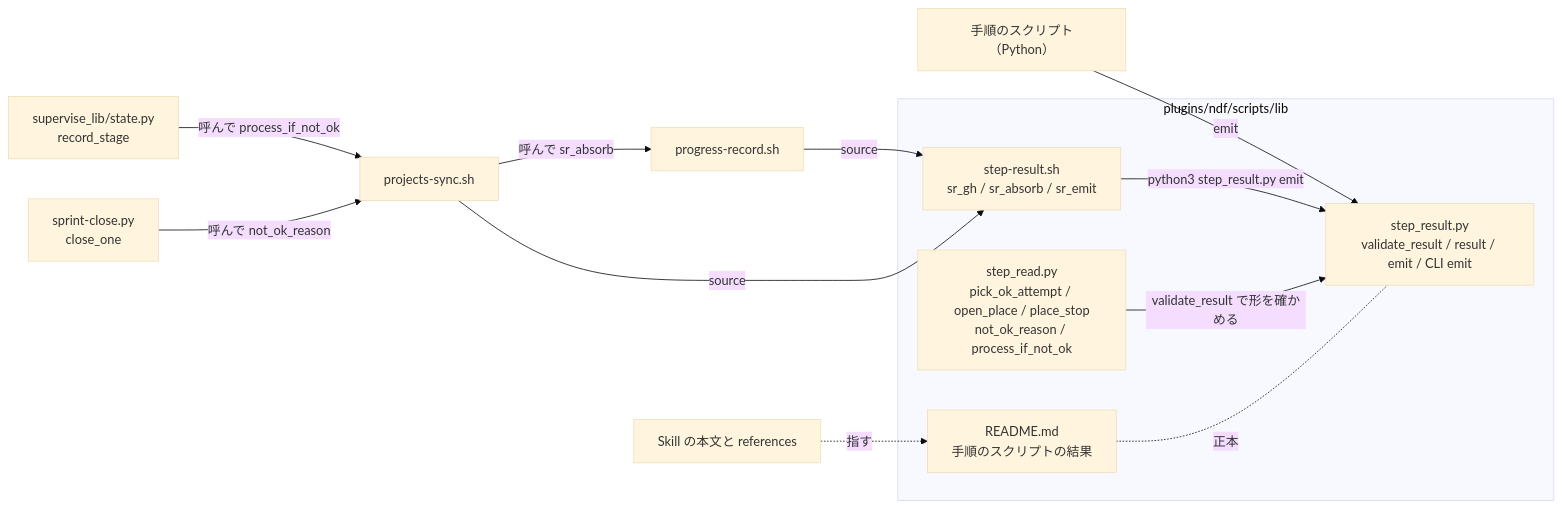
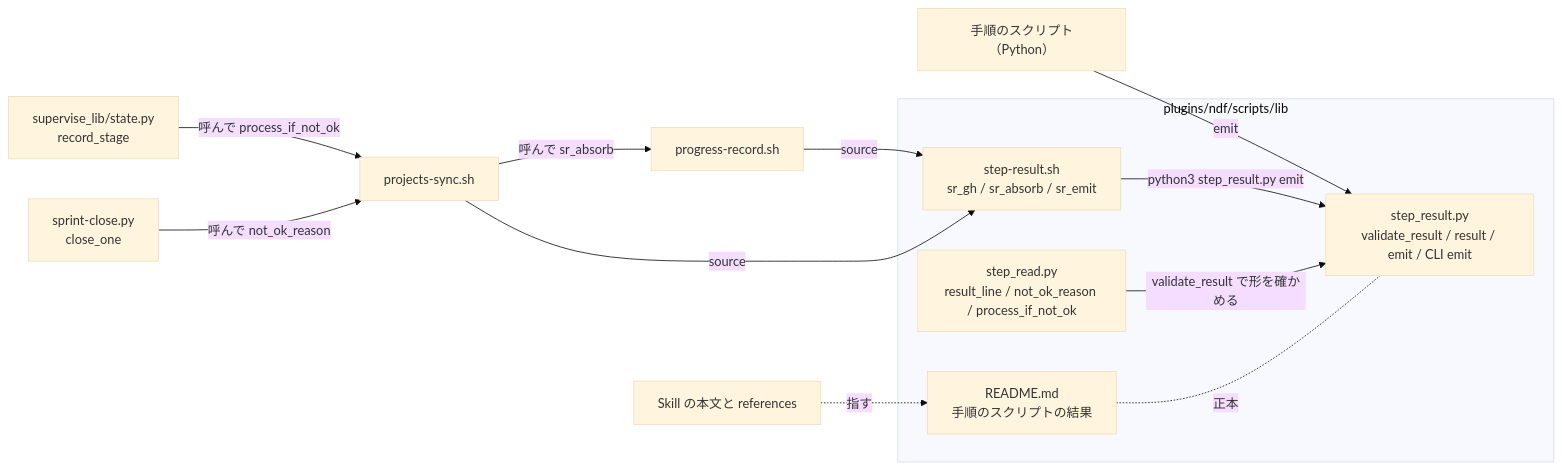
The first of 4 diagrams in docs/specifications/ndf-step-result-gaps-and-reading.md (devbasex/ai-plugins), drawn with Mermaid (base theme) before and after one commit. The commit also changed other lines of this file and 5 other files, not shown here.

````diff
--- a/docs/specifications/ndf-step-result-gaps-and-reading.md
+++ b/docs/specifications/ndf-step-result-gaps-and-reading.md
@@ -114,19 +114,19 @@
 ```mermaid
 graph LR
   subgraph lib["plugins/ndf/scripts/lib"]
     README["README.md<br>手順のスクリプトの結果"]
     SR["step_result.py<br>validate_result / result / emit / CLI emit"]
-    RD["step_read.py<br>pick_ok_attempt / open_place / place_stop<br>not_ok_reason / process_if_not_ok"]
+    RD["step_read.py<br>result_line / not_ok_reason / process_if_not_ok"]
     SH["step-result.sh<br>sr_gh / sr_absorb / sr_emit"]
   end
   PY["手順のスクリプト（Python）"] -->|emit| SR
   PR["progress-record.sh"] -->|source| SH
   PS["projects-sync.sh"] -->|source| SH
   PS -->|呼んで sr_absorb| PR
   SH -->|python3 step_result.py emit| SR
   RS["supervise_lib/state.py<br>record_stage"] -->|呼んで process_if_not_ok| PS
   SC["sprint-close.py<br>close_one"] -->|呼んで not_ok_reason| PS
   RD -->|validate_result で形を確かめる| SR
   README -. 正本 .- SR
   SK["Skill の本文と references"] -. 指す .-> README
 ```
````
